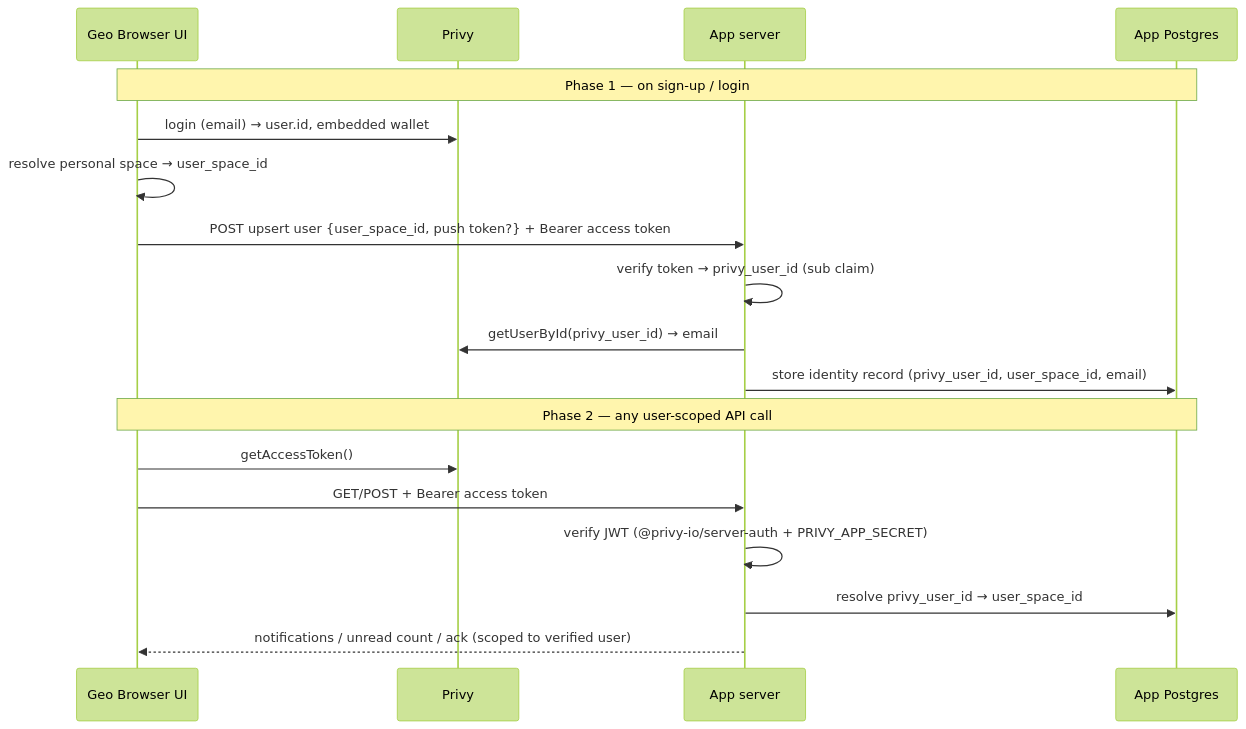
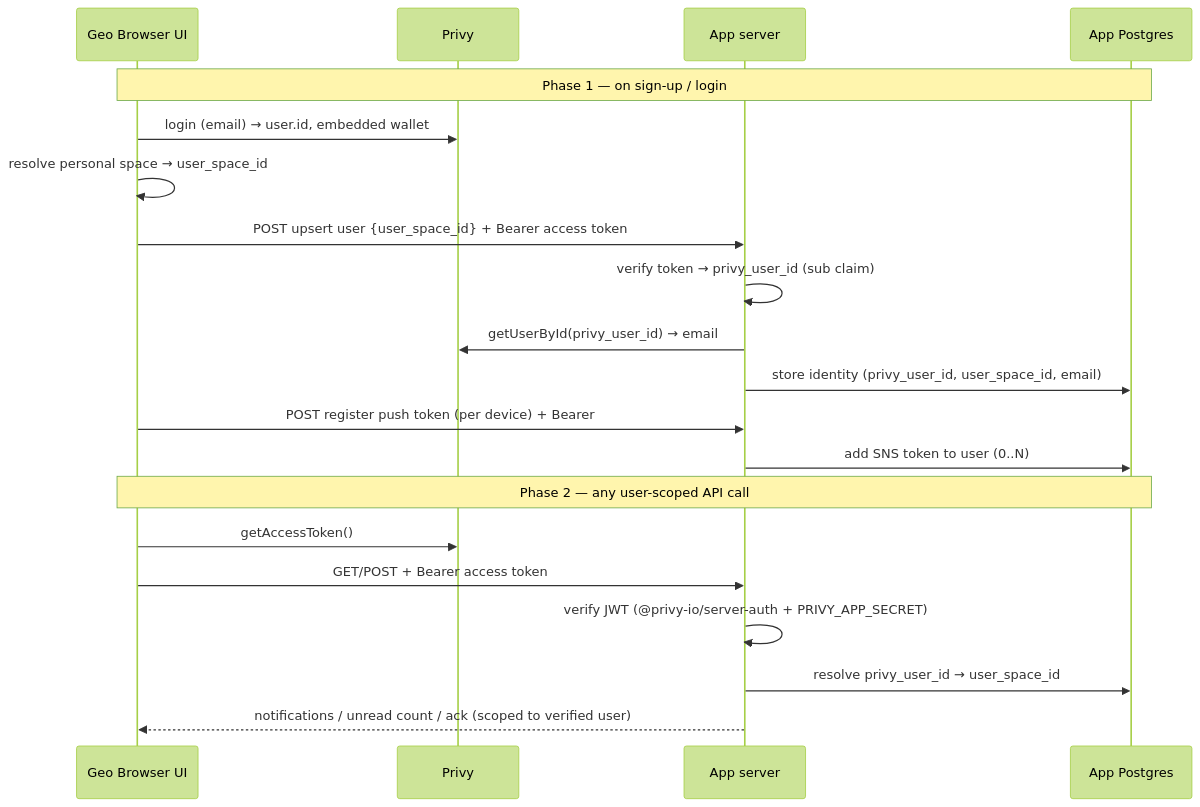
One commit to geobrowser/gaia changed the third of 3 diagrams in docs/notifications-mvp-prd.md. Above: the diagram before and after it, drawn with Mermaid (forest theme). The commit also changed other lines of this file, not shown here.

First line of the commit message:
docs(notifications): support multiple SNS device tokens per user + stale pruning

````diff
--- a/docs/notifications-mvp-prd.md
+++ b/docs/notifications-mvp-prd.md
@@ -154,22 +154,24 @@
 ```mermaid
 sequenceDiagram
     participant FE as Geo Browser UI
     participant Privy as Privy
     participant AS as App server
     participant DB as App Postgres
 
     Note over FE,DB: Phase 1 — on sign-up / login
     FE->>Privy: login (email) → user.id, embedded wallet
     FE->>FE: resolve personal space → user_space_id
-    FE->>AS: POST upsert user {user_space_id, push token?} + Bearer access token
+    FE->>AS: POST upsert user {user_space_id} + Bearer access token
     AS->>AS: verify token → privy_user_id (sub claim)
     AS->>Privy: getUserById(privy_user_id) → email
-    AS->>DB: store identity record (privy_user_id, user_space_id, email)
+    AS->>DB: store identity (privy_user_id, user_space_id, email)
+    FE->>AS: POST register push token (per device) + Bearer
+    AS->>DB: add SNS token to user (0..N)
 
     Note over FE,DB: Phase 2 — any user-scoped API call
     FE->>Privy: getAccessToken()
     FE->>AS: GET/POST + Bearer access token
     AS->>AS: verify JWT (@privy-io/server-auth + PRIVY_APP_SECRET)
     AS->>DB: resolve privy_user_id → user_space_id
     AS-->>FE: notifications / unread count / ack (scoped to verified user)
 ```
````
